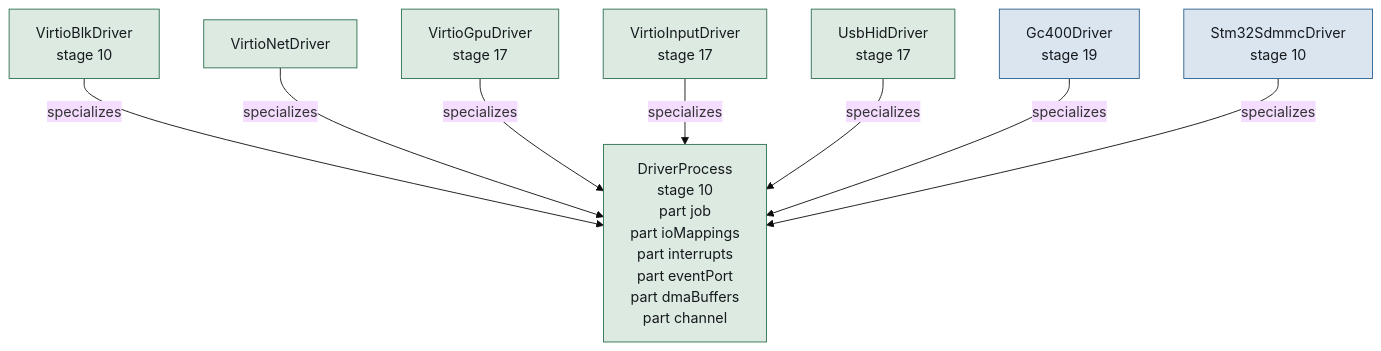
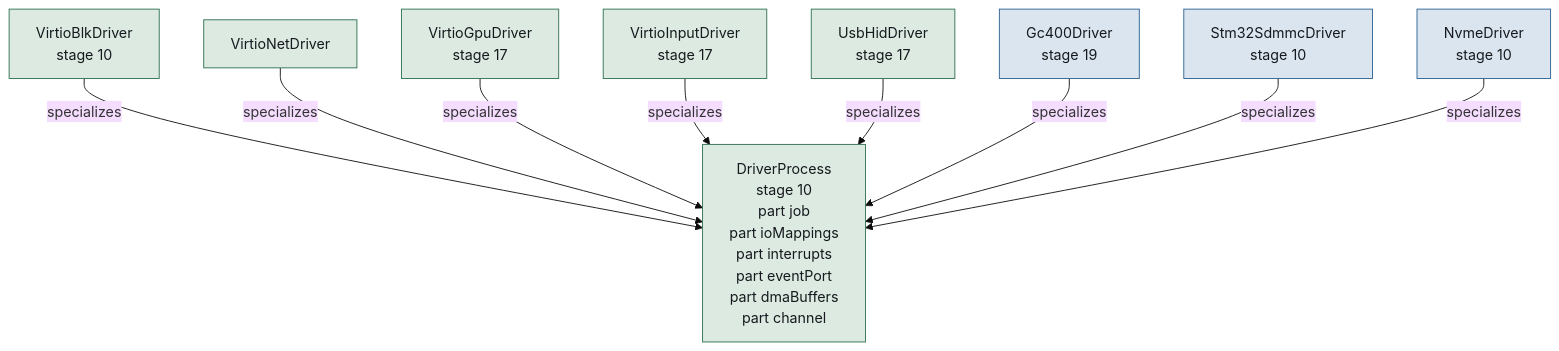
Diagram 13 of 20 in docs/generated/ARCHITECTURE.md (ferrix-os/ferrix), drawn with Mermaid (base theme) before and after one commit. The commit also changed other lines of this file and 10 other files, not shown here.

````diff
--- a/docs/generated/ARCHITECTURE.md
+++ b/docs/generated/ARCHITECTURE.md
@@ -2263,22 +2263,24 @@
 ```mermaid
 flowchart TB
   n0_FerrixDrivers_DriverProcess["DriverProcess<br>stage 10<br>part job<br>part ioMappings<br>part interrupts<br>part eventPort<br>part dmaBuffers<br>part channel"]
   n1_FerrixDrivers_VirtioBlkDriver["VirtioBlkDriver<br>stage 10"]
   n2_FerrixDrivers_VirtioNetDriver["VirtioNetDriver"]
   n3_FerrixDrivers_VirtioGpuDriver["VirtioGpuDriver<br>stage 17"]
   n4_FerrixDrivers_VirtioInputDriver["VirtioInputDriver<br>stage 17"]
   n5_FerrixDrivers_UsbHidDriver["UsbHidDriver<br>stage 17"]
   n6_FerrixDrivers_Gc400Driver["Gc400Driver<br>stage 19"]
   n7_FerrixDrivers_Stm32SdmmcDriver["Stm32SdmmcDriver<br>stage 10"]
+  n8_FerrixDrivers_NvmeDriver["NvmeDriver<br>stage 10"]
   n1_FerrixDrivers_VirtioBlkDriver -- "specializes" --> n0_FerrixDrivers_DriverProcess
   n2_FerrixDrivers_VirtioNetDriver -- "specializes" --> n0_FerrixDrivers_DriverProcess
   n3_FerrixDrivers_VirtioGpuDriver -- "specializes" --> n0_FerrixDrivers_DriverProcess
   n4_FerrixDrivers_VirtioInputDriver -- "specializes" --> n0_FerrixDrivers_DriverProcess
   n5_FerrixDrivers_UsbHidDriver -- "specializes" --> n0_FerrixDrivers_DriverProcess
   n6_FerrixDrivers_Gc400Driver -- "specializes" --> n0_FerrixDrivers_DriverProcess
   n7_FerrixDrivers_Stm32SdmmcDriver -- "specializes" --> n0_FerrixDrivers_DriverProcess
+  n8_FerrixDrivers_NvmeDriver -- "specializes" --> n0_FerrixDrivers_DriverProcess
   classDef implemented fill:#dceae2,stroke:#2c6e4e,color:#16191d
   classDef inProgress fill:#dae5f0,stroke:#2a5f8f,color:#16191d
   class n0_FerrixDrivers_DriverProcess,n1_FerrixDrivers_VirtioBlkDriver,n2_FerrixDrivers_VirtioNetDriver,n3_FerrixDrivers_VirtioGpuDriver,n4_FerrixDrivers_VirtioInputDriver,n5_FerrixDrivers_UsbHidDriver implemented
-  class n6_FerrixDrivers_Gc400Driver,n7_FerrixDrivers_Stm32SdmmcDriver inProgress
+  class n6_FerrixDrivers_Gc400Driver,n7_FerrixDrivers_Stm32SdmmcDriver,n8_FerrixDrivers_NvmeDriver inProgress
 ```
````
